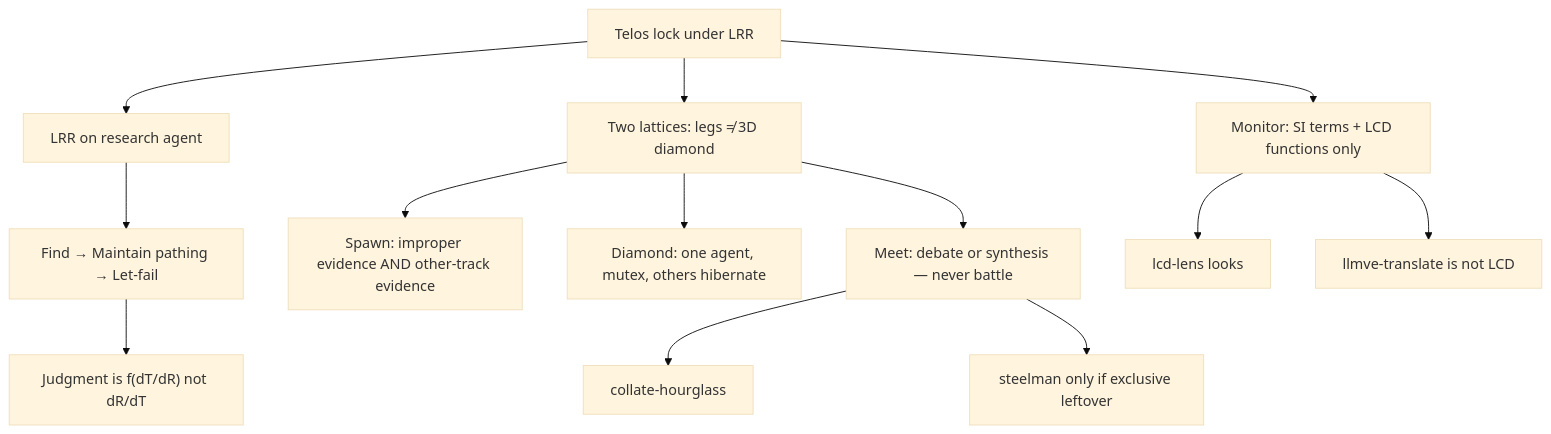
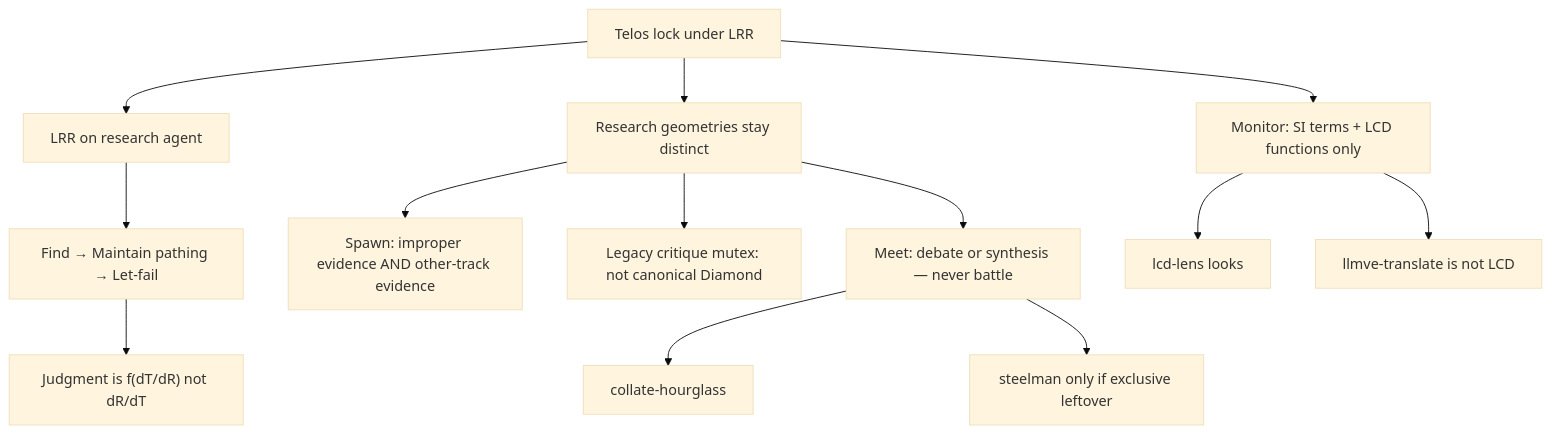
Before and after one commit to Fractal-Deployment/twinglass-pack: the first of 4 diagrams in LATTICE_AHEAD.md, drawn with Mermaid (base theme). The commit also changed other lines of this file and 13 other files, not shown here.

First line of the commit message:
fix: correct TwinGlass research geometries and pre-meet integrity flow

````diff
--- a/LATTICE_AHEAD.md
+++ b/LATTICE_AHEAD.md
@@ -7,15 +11,15 @@
 ```mermaid
 flowchart TD
   T[Telos lock under LRR] --> LRR[LRR on research agent]
   T --> MON[Monitor: SI terms + LCD functions only]
-  T --> TWO[Two lattices: legs ≠ 3D diamond]
+  T --> TWO[Research geometries stay distinct]
   LRR --> PATH[Find → Maintain pathing → Let-fail]
   PATH --> JUDGE["Judgment is f(dT/dR) not dR/dT"]
   TWO --> SPAWN[Spawn: improper evidence AND other-track evidence]
-  TWO --> DIA[Diamond: one agent, mutex, others hibernate]
+  TWO --> DIA[Legacy critique mutex: not canonical Diamond]
   TWO --> MEET[Meet: debate or synthesis — never battle]
   MEET --> COL[collate-hourglass]
   MEET --> STL[steelman only if exclusive leftover]
   MON --> LOOK[lcd-lens looks]
   MON --> TR[llmve-translate is not LCD]
 ```
````
